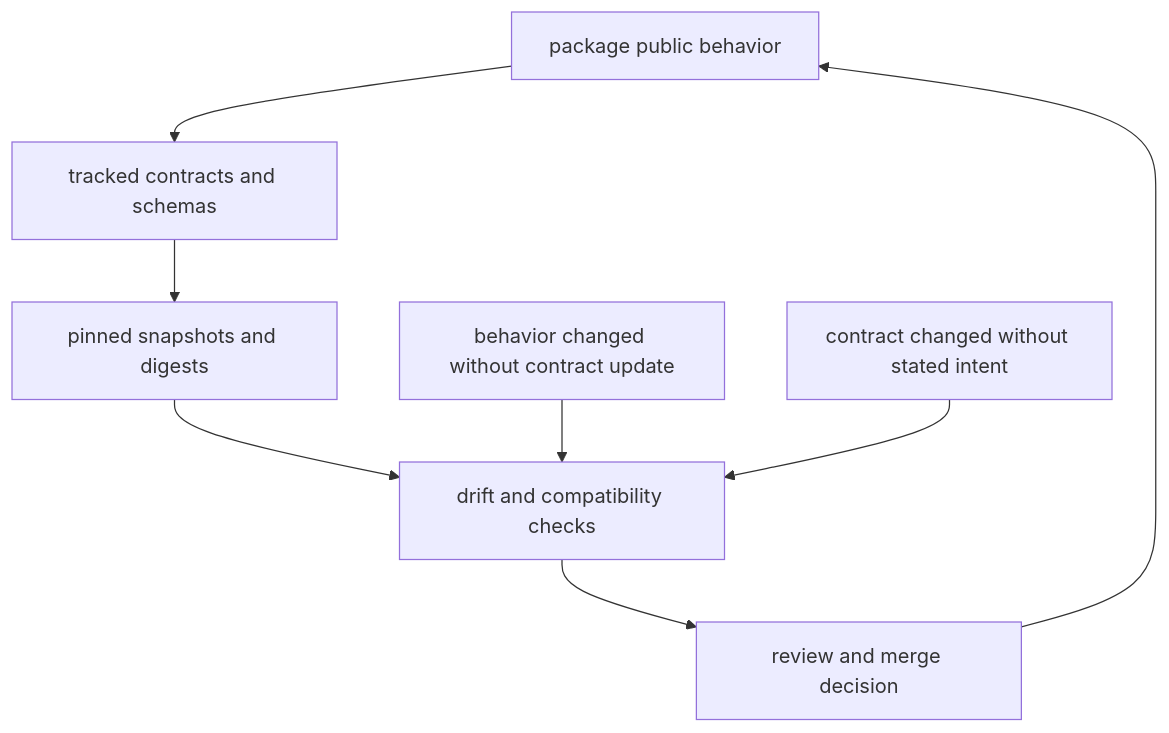
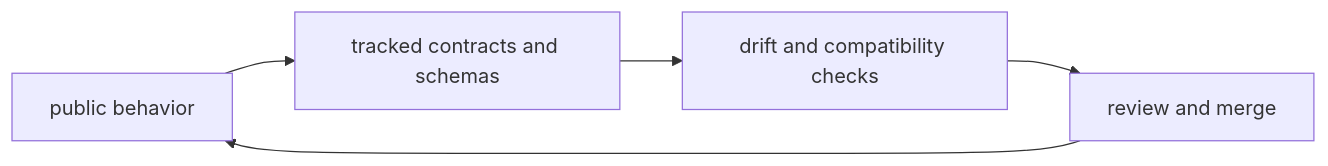
The diagram in docs/bijux-core/architecture/artifact-and-contract-flow.md (bijux/bijux-cli), drawn with Mermaid before and after one commit. The commit also changed other lines of this file, not shown here.

Commit message:
docs(core-architecture): clarify artifact and contract flow

````diff
--- a/docs/bijux-core/architecture/artifact-and-contract-flow.md
+++ b/docs/bijux-core/architecture/artifact-and-contract-flow.md
@@ -17,11 +20,7 @@
 ```mermaid
-flowchart TD
-    behavior[package public behavior] --> contracts[tracked contracts and schemas]
-    contracts --> pinned[pinned snapshots and digests]
-    pinned --> checks[drift and compatibility checks]
-    checks --> review[review and merge decision]
+flowchart LR
+    behavior["public behavior"] --> contracts["tracked contracts and schemas"]
+    contracts --> checks["drift and compatibility checks"]
+    checks --> review["review and merge"]
     review --> behavior
-
-    mismatch_code[behavior changed without contract update] --> checks
-    mismatch_contract[contract changed without stated intent] --> checks
 ```
````
